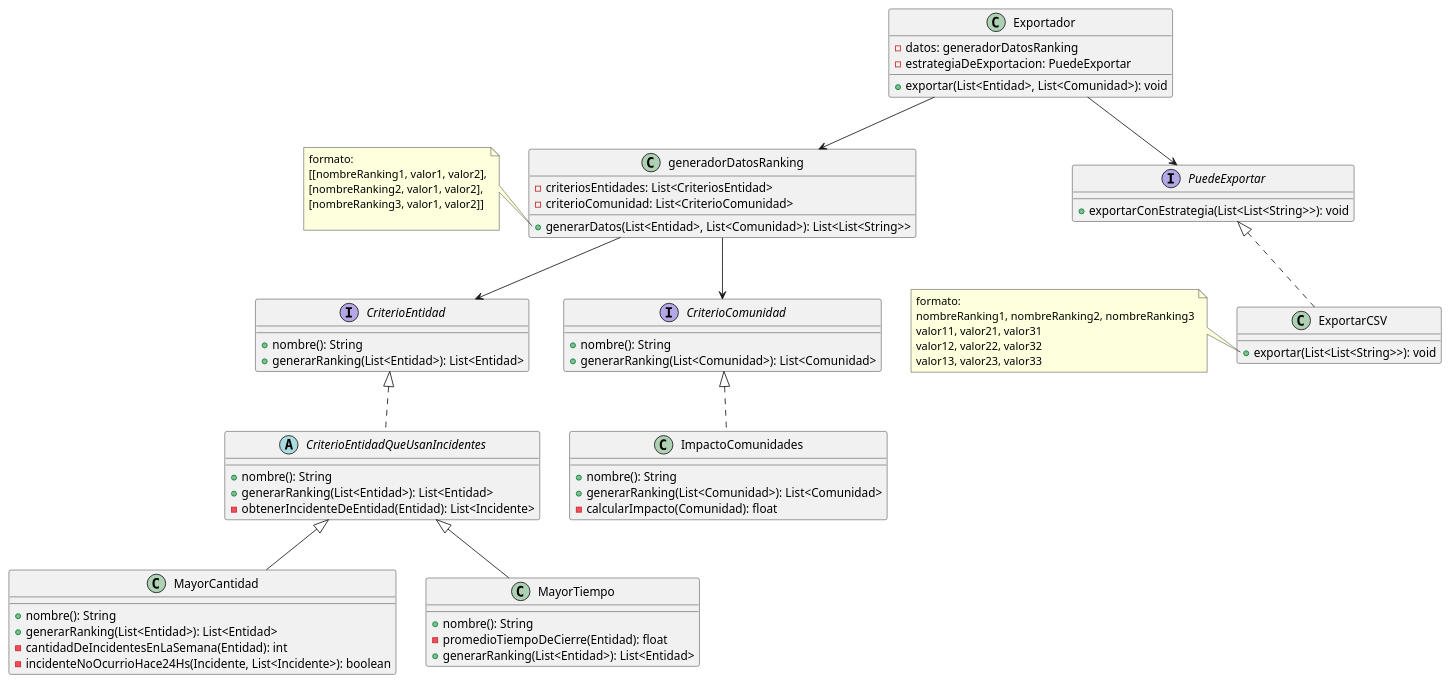
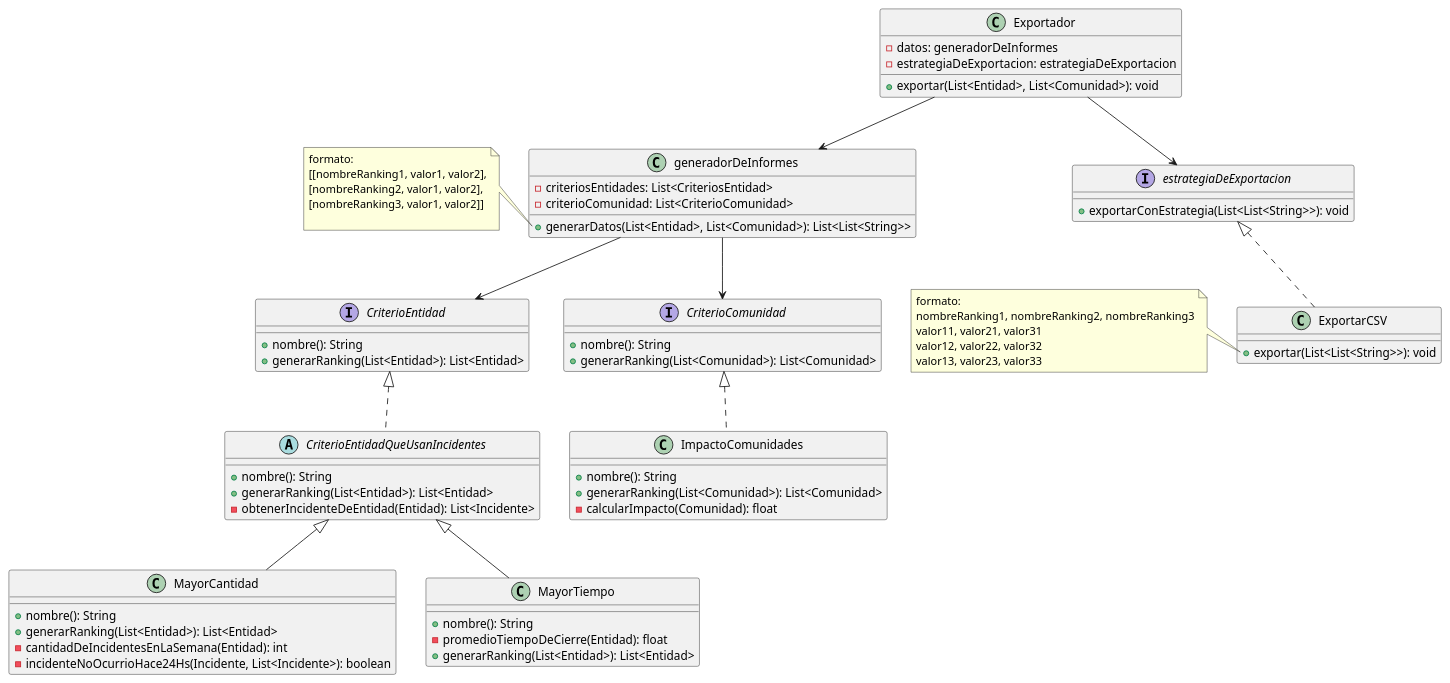
Before and after one commit to AndyTrias/comunidades-apoyo-movilidad-reducida-: the diagram in Entregables/DiagramaRankings.wsd, drawn with PlantUML. The commit also changed 1 other file, not shown here.

```diff
--- a/Entregables/DiagramaRankings.wsd
+++ b/Entregables/DiagramaRankings.wsd
@@ -1,95 +1,95 @@
 @startuml GenerarRankings
 
 
 
 abstract CriterioEntidadQueUsanIncidentes implements CriterioEntidad{
     + nombre(): String
     + generarRanking(List<Entidad>): List<Entidad>
     - obtenerIncidenteDeEntidad(Entidad): List<Incidente>
 }
 
 class MayorCantidad extends CriterioEntidadQueUsanIncidentes {
     + nombre(): String
     + generarRanking(List<Entidad>): List<Entidad>
     - cantidadDeIncidentesEnLaSemana(Entidad): int
     - incidenteNoOcurrioHace24Hs(Incidente, List<Incidente>): boolean
 }
 
 
 
 
 class MayorTiempo extends CriterioEntidadQueUsanIncidentes {
     + nombre(): String
     - promedioTiempoDeCierre(Entidad): float
     + generarRanking(List<Entidad>): List<Entidad>
 }
 
 
 class ImpactoComunidades implements CriterioComunidad {
     + nombre(): String
     + generarRanking(List<Comunidad>): List<Comunidad>
     - calcularImpacto(Comunidad): float
 }
 
 interface CriterioEntidad {
     + nombre(): String
     + generarRanking(List<Entidad>): List<Entidad>
 }
 
 interface CriterioComunidad {
     + nombre(): String 
     + generarRanking(List<Comunidad>): List<Comunidad>
 }
 
-class generadorDatosRanking {
+class generadorDeInformes {
 
     - criteriosEntidades: List<CriteriosEntidad>
     - criterioComunidad: List<CriterioComunidad>
 
     + generarDatos(List<Entidad>, List<Comunidad>): List<List<String>>
     
 }
 
-note left of generadorDatosRanking::generarDatos
+note left of generadorDeInformes::generarDatos
     formato: 
     [[nombreRanking1, valor1, valor2],
     [nombreRanking2, valor1, valor2],
     [nombreRanking3, valor1, valor2]]
 
 end note
 
 
 
 class Exportador {
 
-    - datos: generadorDatosRanking
-    - estrategiaDeExportacion: PuedeExportar
+    - datos: generadorDeInformes
+    - estrategiaDeExportacion: estrategiaDeExportacion
 
     + exportar(List<Entidad>, List<Comunidad>): void
 
 }
 
-interface PuedeExportar {
+interface estrategiaDeExportacion {
     + exportarConEstrategia(List<List<String>>): void
 }
 
-class ExportarCSV implements PuedeExportar {
+class ExportarCSV implements estrategiaDeExportacion {
     + exportar(List<List<String>>): void
 }
 
 note left of ExportarCSV::exportar
     formato: 
     nombreRanking1, nombreRanking2, nombreRanking3
     valor11, valor21, valor31
     valor12, valor22, valor32
     valor13, valor23, valor33
 end note
 
 
-Exportador --> PuedeExportar
-Exportador --> generadorDatosRanking
-generadorDatosRanking-->CriterioEntidad
-generadorDatosRanking-->CriterioComunidad
+Exportador --> estrategiaDeExportacion
+Exportador --> generadorDeInformes
+generadorDeInformes-->CriterioEntidad
+generadorDeInformes-->CriterioComunidad
 
 
 @enduml
```
